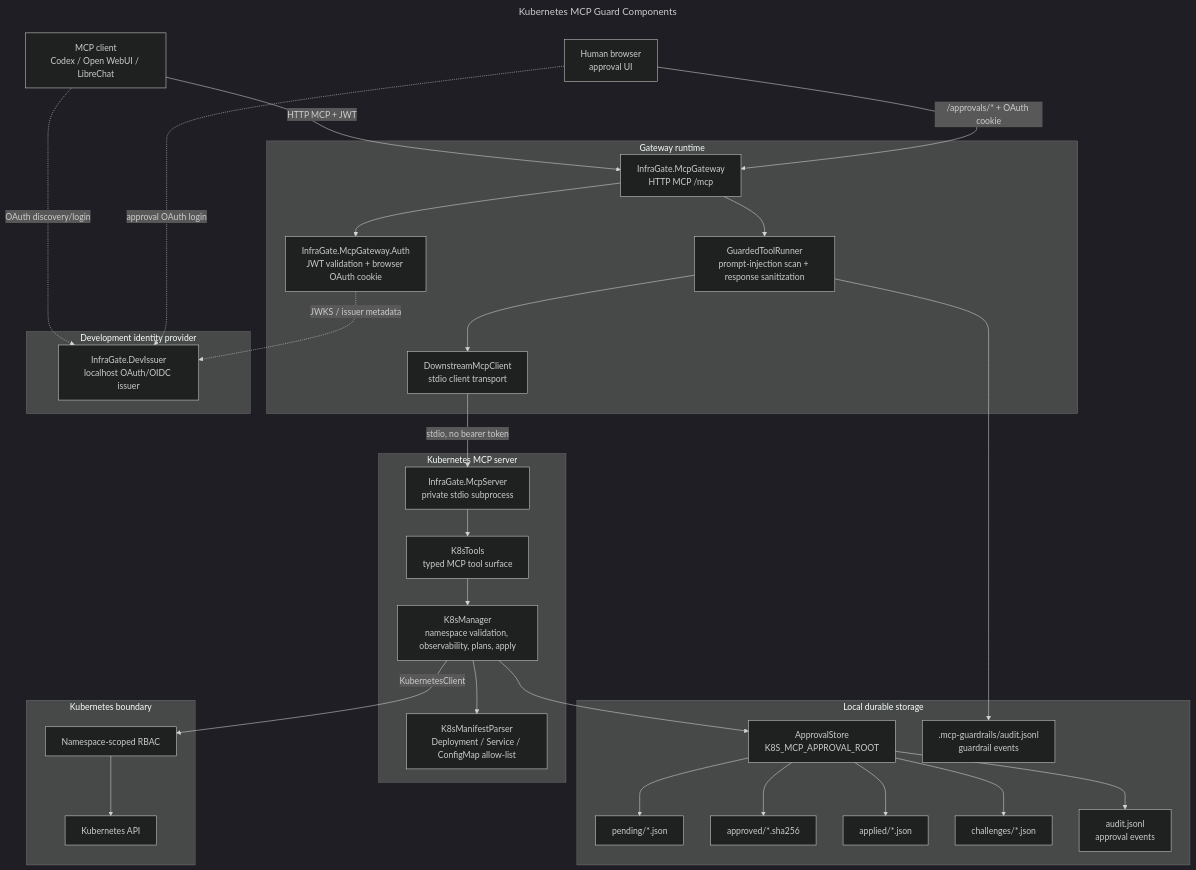
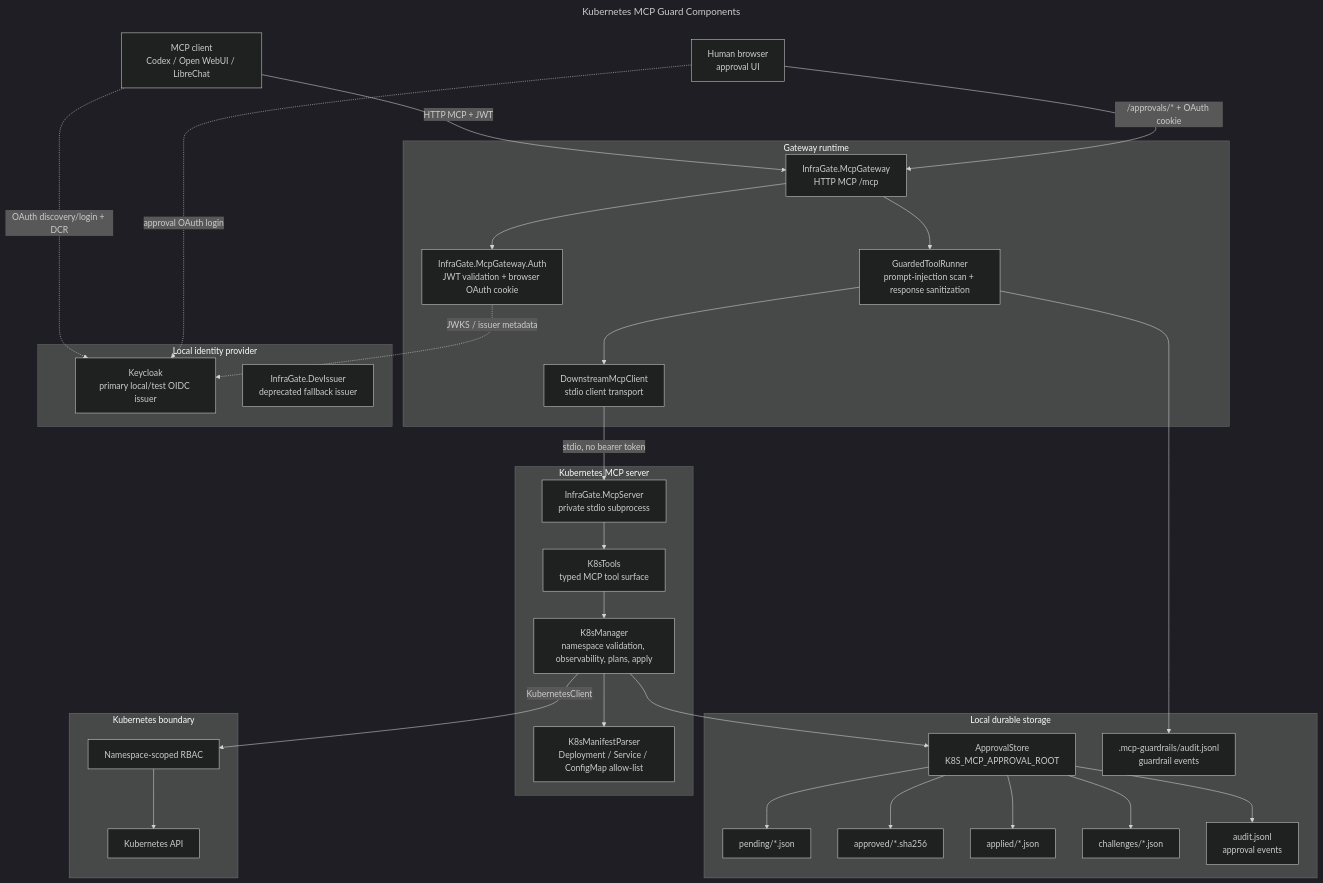
One commit to mirusser/Kubernetes-MCP-Guard changed the first of 7 diagrams in docs/architecture.md. Above: the diagram before and after it, drawn with Mermaid (dark theme). The commit also changed other lines of this file and 25 other files, not shown here.

Commit message:
Keycloak Parity, DCR, and DevIssuer Deprecation

````diff
--- a/docs/architecture.md
+++ b/docs/architecture.md
@@ -12,62 +12,63 @@
 ```mermaid
 ---
 title: Kubernetes MCP Guard Components
 ---
 flowchart TB
     Client["MCP client<br/>Codex / Open WebUI / LibreChat"]
     Browser["Human browser<br/>approval UI"]
 
     subgraph GatewayRuntime["Gateway runtime"]
         Gateway["InfraGate.McpGateway<br/>HTTP MCP /mcp"]
         Auth["InfraGate.McpGateway.Auth<br/>JWT validation + browser OAuth cookie"]
         Guardrails["GuardedToolRunner<br/>prompt-injection scan + response sanitization"]
         Downstream["DownstreamMcpClient<br/>stdio client transport"]
         Gateway --> Auth
         Gateway --> Guardrails
         Guardrails --> Downstream
     end
 
-    subgraph DevAuth["Development identity provider"]
-        DevIssuer["InfraGate.DevIssuer<br/>localhost OAuth/OIDC issuer"]
+    subgraph DevAuth["Local identity provider"]
+        Keycloak["Keycloak<br/>primary local/test OIDC issuer"]
+        DevIssuer["InfraGate.DevIssuer<br/>deprecated fallback issuer"]
     end
 
     subgraph ServerRuntime["Kubernetes MCP server"]
         Server["InfraGate.McpServer<br/>private stdio subprocess"]
         Tools["K8sTools<br/>typed MCP tool surface"]
         Manager["K8sManager<br/>namespace validation, observability, plans, apply"]
         Parser["K8sManifestParser<br/>Deployment / Service / ConfigMap allow-list"]
         Server --> Tools --> Manager
         Manager --> Parser
     end
 
     subgraph Storage["Local durable storage"]
         ApprovalStore["ApprovalStore<br/>K8S_MCP_APPROVAL_ROOT"]
         Pending["pending/*.json"]
         Approved["approved/*.sha256"]
         Applied["applied/*.json"]
         Challenges["challenges/*.json"]
         ApprovalAudit["audit.jsonl<br/>approval events"]
         GuardAudit[".mcp-guardrails/audit.jsonl<br/>guardrail events"]
         ApprovalStore --> Pending
         ApprovalStore --> Approved
         ApprovalStore --> Applied
         ApprovalStore --> Challenges
         ApprovalStore --> ApprovalAudit
     end
 
     subgraph Kubernetes["Kubernetes boundary"]
         RBAC["Namespace-scoped RBAC"]
         Api["Kubernetes API"]
         RBAC --> Api
     end
 
     Client -->|"HTTP MCP + JWT"| Gateway
     Browser -->|"/approvals/* + OAuth cookie"| Gateway
-    Client -. "OAuth discovery/login" .-> DevIssuer
-    Browser -. "approval OAuth login" .-> DevIssuer
-    Auth -. "JWKS / issuer metadata" .-> DevIssuer
+    Client -. "OAuth discovery/login + DCR" .-> Keycloak
+    Browser -. "approval OAuth login" .-> Keycloak
+    Auth -. "JWKS / issuer metadata" .-> Keycloak
     Downstream -->|"stdio, no bearer token"| Server
     Guardrails --> GuardAudit
     Manager --> ApprovalStore
     Manager -->|"KubernetesClient"| RBAC
 ```
````
